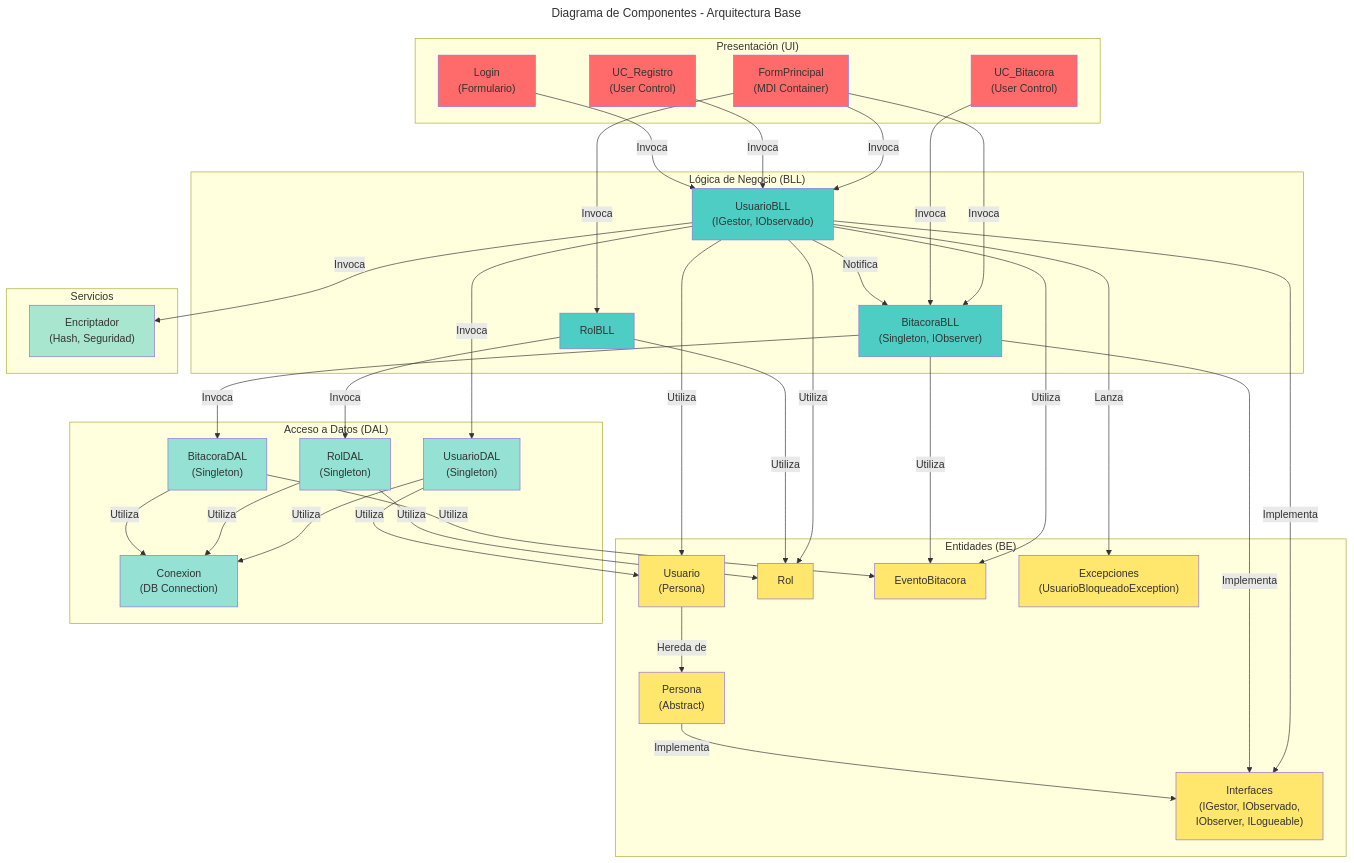
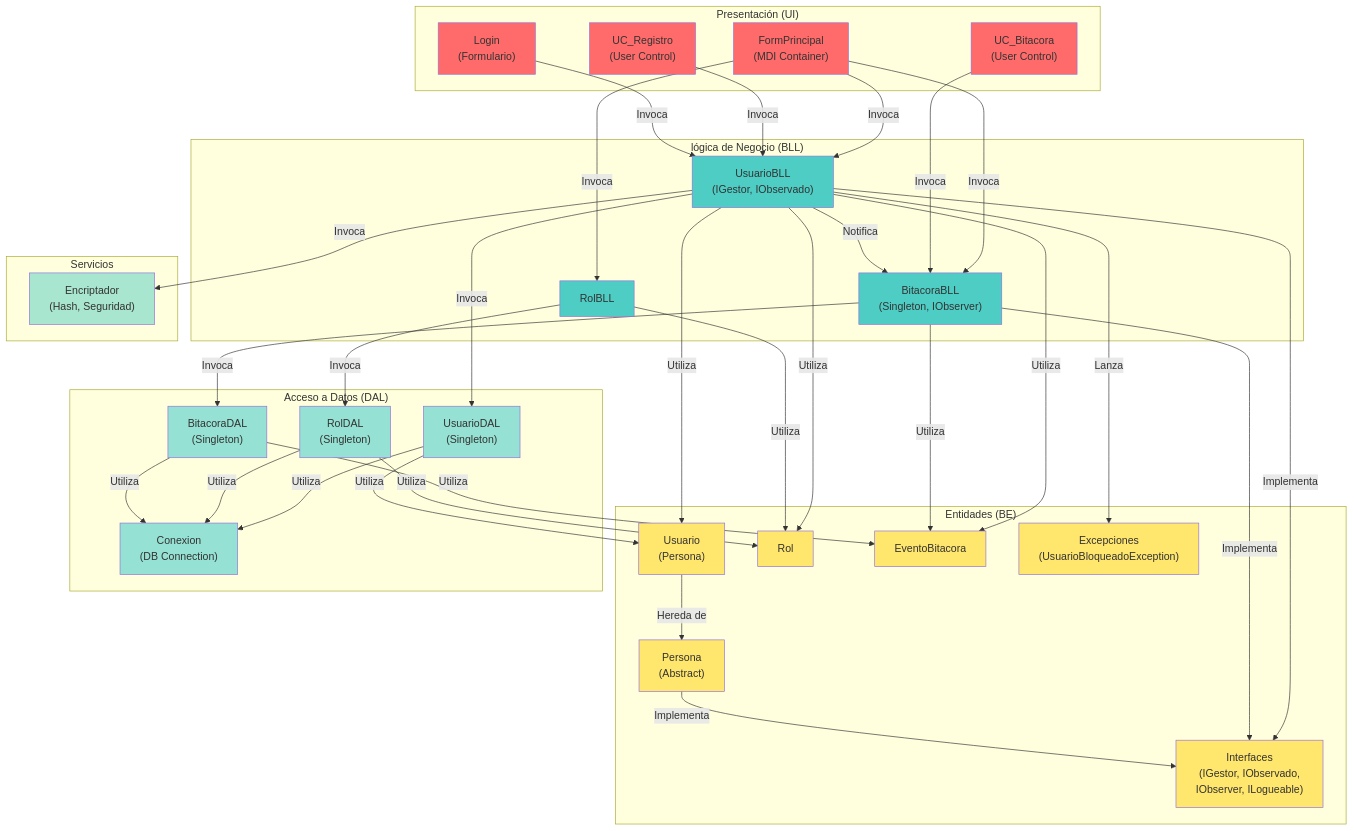
One commit to condenl/Trabajo-Practico-Final changed the third of 14 diagrams in Documentacion/Carpeta_Documentacion.md. Above: the diagram before and after it, drawn with Mermaid. The commit also changed other lines of this file and 9 other files, not shown here.

````diff
--- a/Documentacion/Carpeta_Documentacion.md
+++ b/Documentacion/Carpeta_Documentacion.md
@@ -590,18 +736,13 @@
 ```mermaid
----
-title: Diagrama de Componentes - Arquitectura Base
-config:
-    theme: default
----
 graph TD
     subgraph "Presentación (UI)"
         FormPrincipal["FormPrincipal<br/>(MDI Container)"]
         UCRegistro["UC_Registro<br/>(User Control)"]
-        UCBitacora["UC_Bitacora<br/>(User Control)"]
+        UCbitácora["UC_Bitacora<br/>(User Control)"]
         LoginForm["Login<br/>(Formulario)"]
     end
 
-    subgraph "Lógica de Negocio (BLL)"
+    subgraph "lógica de Negocio (BLL)"
         UsuarioBLL["UsuarioBLL<br/>(IGestor, IObservado)"]
         RolBLL["RolBLL"]
         BitacoraBLL["BitacoraBLL<br/>(Singleton, IObserver)"]
@@ -632,7 +773,7 @@
     FormPrincipal -->|Invoca| BitacoraBLL
 
     UCRegistro -->|Invoca| UsuarioBLL
-    UCBitacora -->|Invoca| BitacoraBLL
+    UCbitácora -->|Invoca| BitacoraBLL
     LoginForm -->|Invoca| UsuarioBLL
 
     UsuarioBLL -->|Utiliza| Usuario
@@ -665,7 +806,7 @@
 
     style FormPrincipal fill:#FF6B6B
     style UCRegistro fill:#FF6B6B
-    style UCBitacora fill:#FF6B6B
+    style UCbitácora fill:#FF6B6B
     style LoginForm fill:#FF6B6B
 
     style UsuarioBLL fill:#4ECDC4
````
